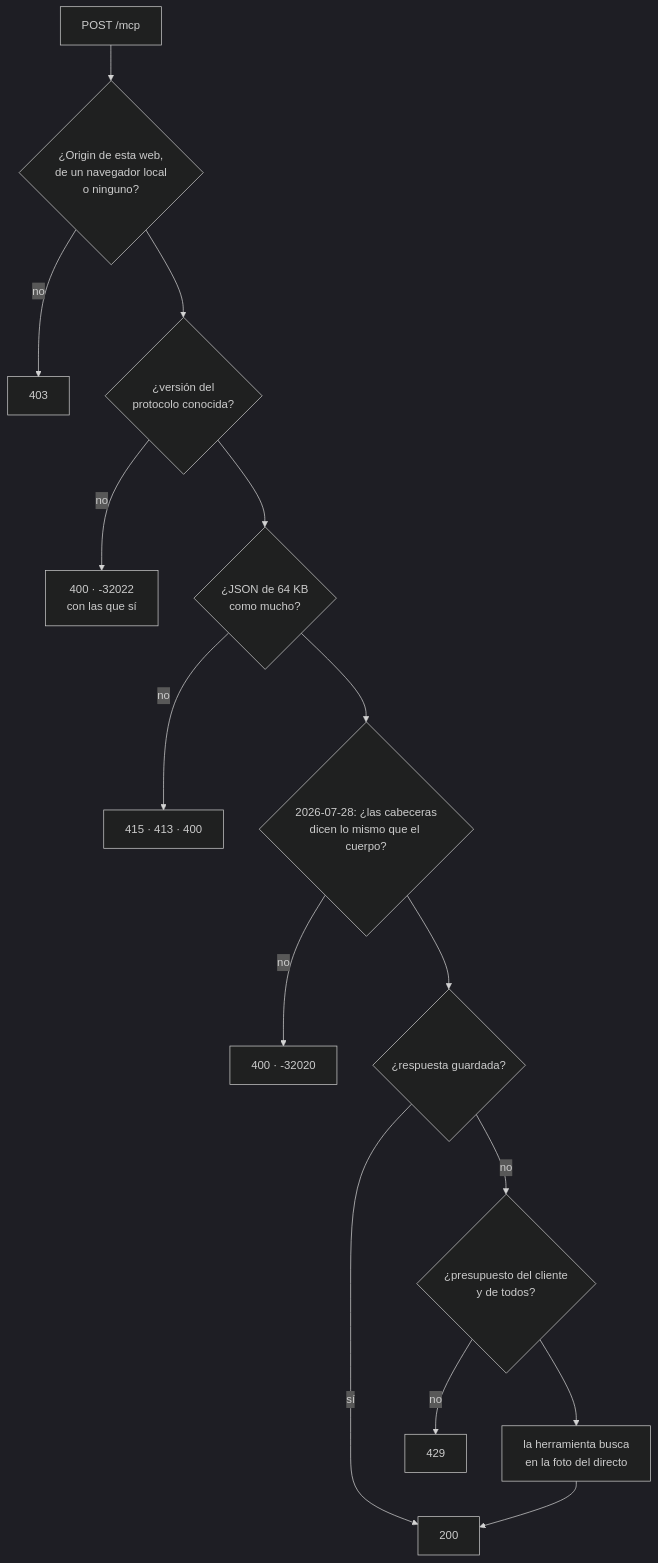
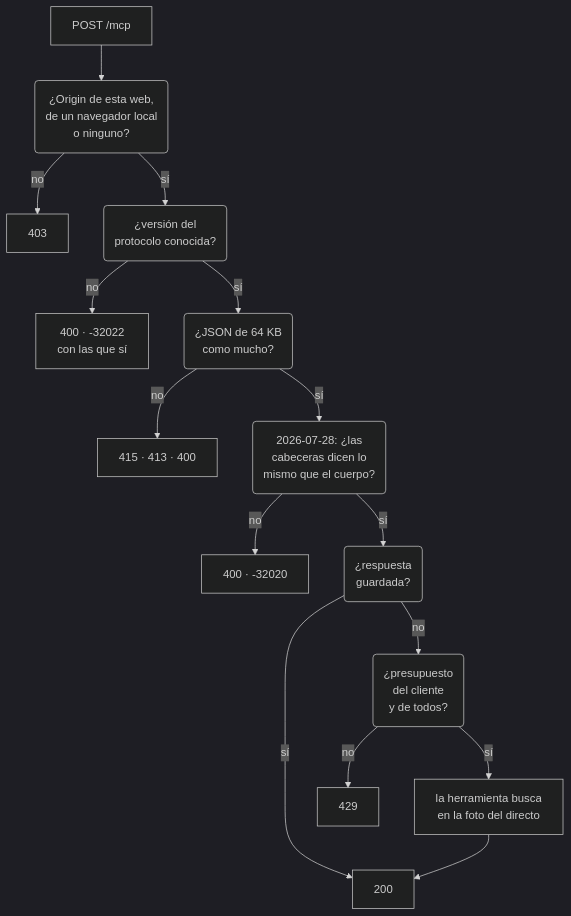
One commit to FlorinTodor/radar-es changed the sixth of 7 diagrams in README.md. Above: the diagram before and after it, drawn with Mermaid (dark theme). The commit also changed other lines of this file, not shown here.

Commit message:
README: los diagramas del MCP sin rombos (GitHub dibuja su texto con otra letra que la que mide Mermaid y lo recorta): preguntas en rectángulos redondeados, líneas más cortas y «sí» en las flechas que siguen

````diff
--- a/README.md
+++ b/README.md
@@ -472,17 +472,17 @@
 ```mermaid
 flowchart TB
-  a["POST /mcp"] --> b{"¿Origin de esta web,<br/>de un navegador local<br/>o ninguno?"}
+  a["POST /mcp"] --> b("¿Origin de esta web,<br/>de un navegador local<br/>o ninguno?")
   b -->|"no"| e403["403"]
-  b --> c{"¿versión del<br/>protocolo conocida?"}
+  b -->|"sí"| c("¿versión del<br/>protocolo conocida?")
   c -->|"no"| e400a["400 · -32022<br/>con las que sí"]
-  c --> d{"¿JSON de 64 KB<br/>como mucho?"}
+  c -->|"sí"| d("¿JSON de 64 KB<br/>como mucho?")
   d -->|"no"| e41x["415 · 413 · 400"]
-  d --> f{"2026-07-28: ¿las cabeceras<br/>dicen lo mismo que el cuerpo?"}
+  d -->|"sí"| f("2026-07-28: ¿las<br/>cabeceras dicen lo<br/>mismo que el cuerpo?")
   f -->|"no"| e400b["400 · -32020"]
-  f --> g{"¿respuesta guardada?"}
+  f -->|"sí"| g("¿respuesta<br/>guardada?")
   g -->|"sí"| ok["200"]
-  g -->|"no"| h{"¿presupuesto del cliente<br/>y de todos?"}
+  g -->|"no"| h("¿presupuesto<br/>del cliente<br/>y de todos?")
   h -->|"no"| e429["429"]
-  h --> i["la herramienta busca<br/>en la foto del directo"]
+  h -->|"sí"| i["la herramienta busca<br/>en la foto del directo"]
   i --> ok
 ```
````
